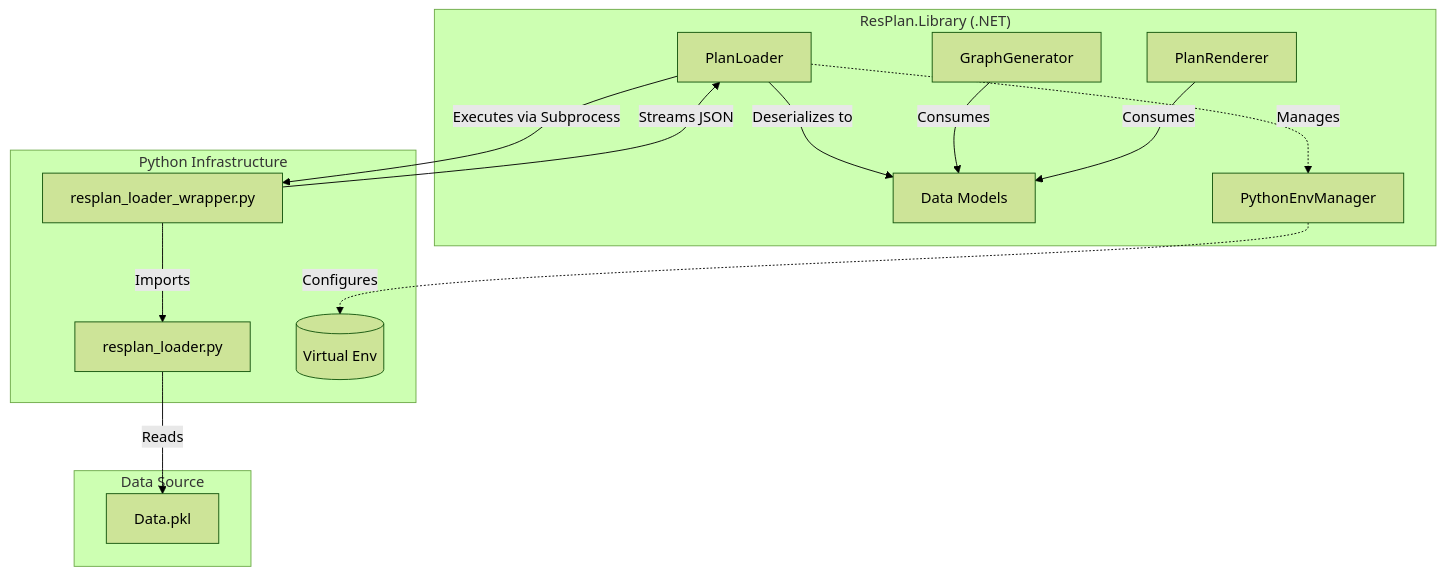
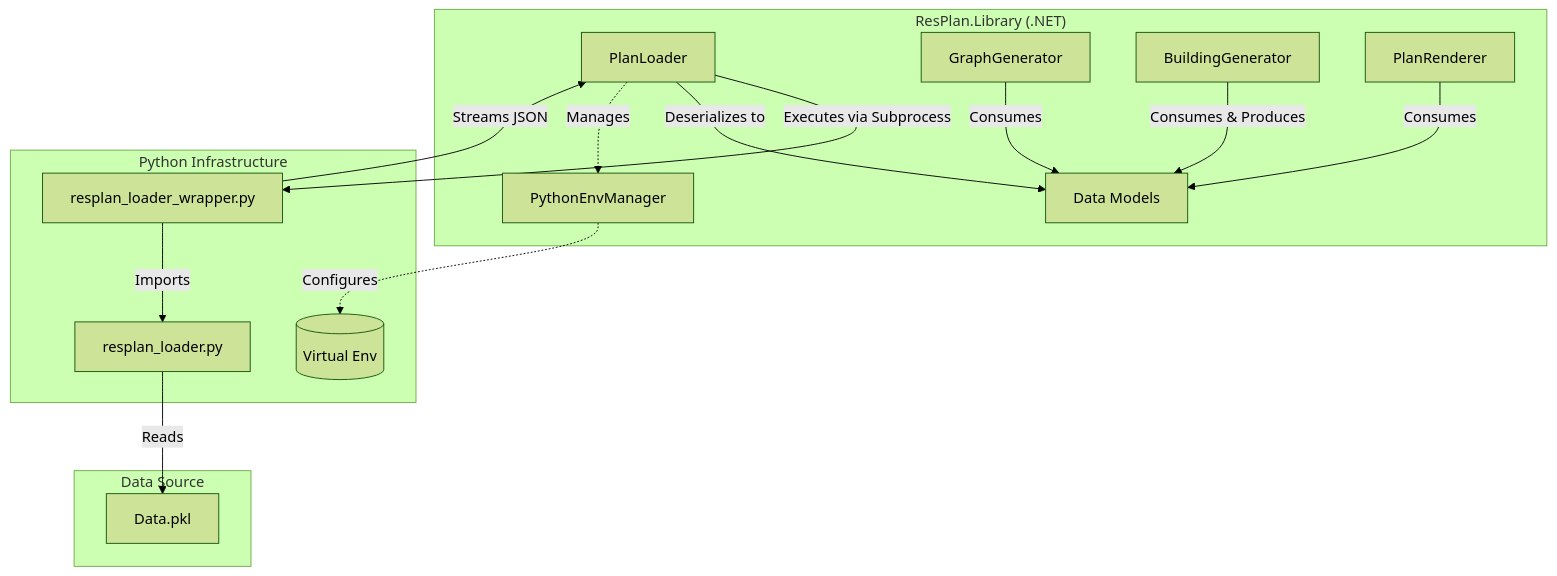
Before and after one commit to Xyrces/resPlan.NET: the first of 3 diagrams in DOCUMENTATION.md, drawn with Mermaid (forest theme). The commit also changed other lines of this file and 2 other files, not shown here.

First line of the commit message:
Implement Multi-Story Building Generator

````diff
--- a/DOCUMENTATION.md
+++ b/DOCUMENTATION.md
@@ -9,30 +9,32 @@
 ```mermaid
 graph TD
     subgraph DotNet ["ResPlan.Library (.NET)"]
         PL[PlanLoader]
         GG[GraphGenerator]
+        BG[BuildingGenerator]
         PR[PlanRenderer]
         Models[Data Models]
         PEM[PythonEnvManager]
     end
 
     subgraph Python ["Python Infrastructure"]
         Wrapper[resplan_loader_wrapper.py]
         Loader[resplan_loader.py]
         Venv[(Virtual Env)]
     end
 
     subgraph DataSource ["Data Source"]
         Pkl[Data.pkl]
     end
 
     PL -->|Executes via Subprocess| Wrapper
     Wrapper -->|Imports| Loader
     Loader -->|Reads| Pkl
     Wrapper -->|Streams JSON| PL
     PL -->|Deserializes to| Models
     GG -->|Consumes| Models
+    BG -->|Consumes & Produces| Models
     PR -->|Consumes| Models
     PL -.->|Manages| PEM
     PEM -.->|Configures| Venv
 ```
````
